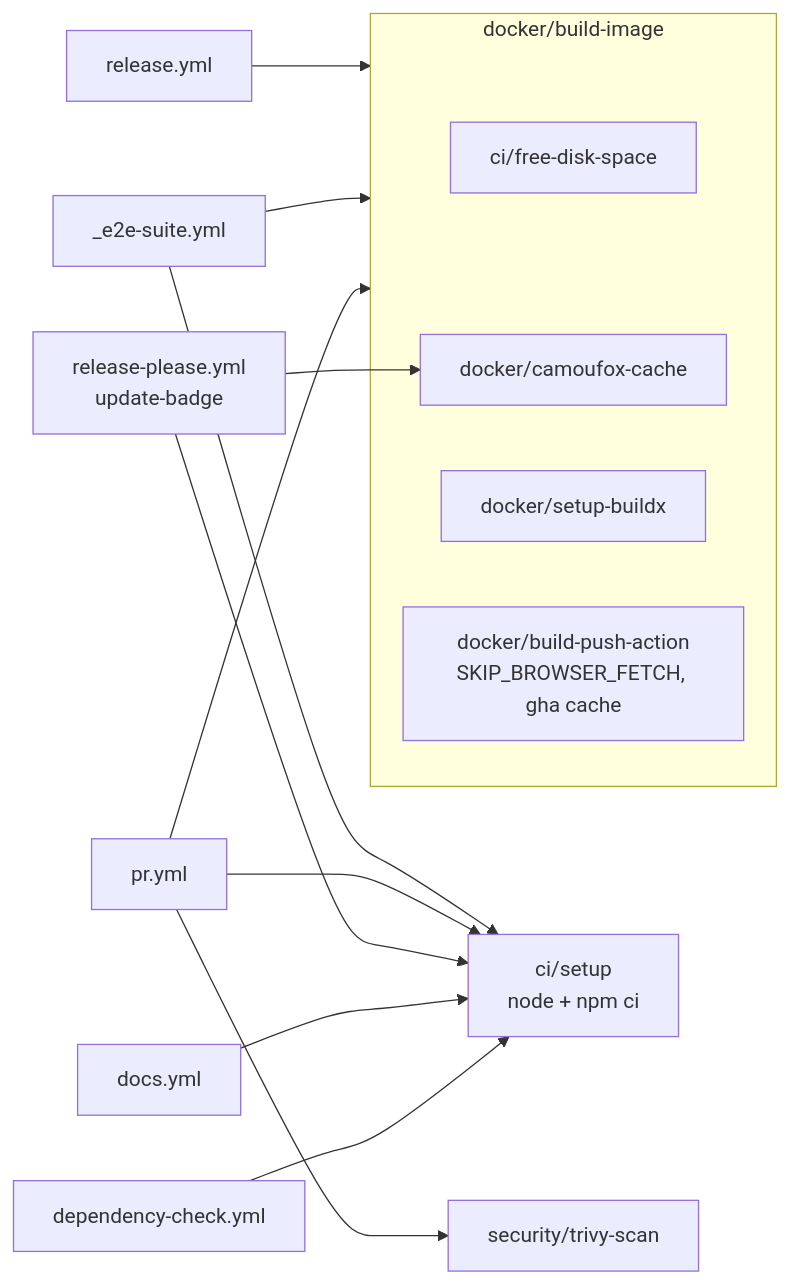
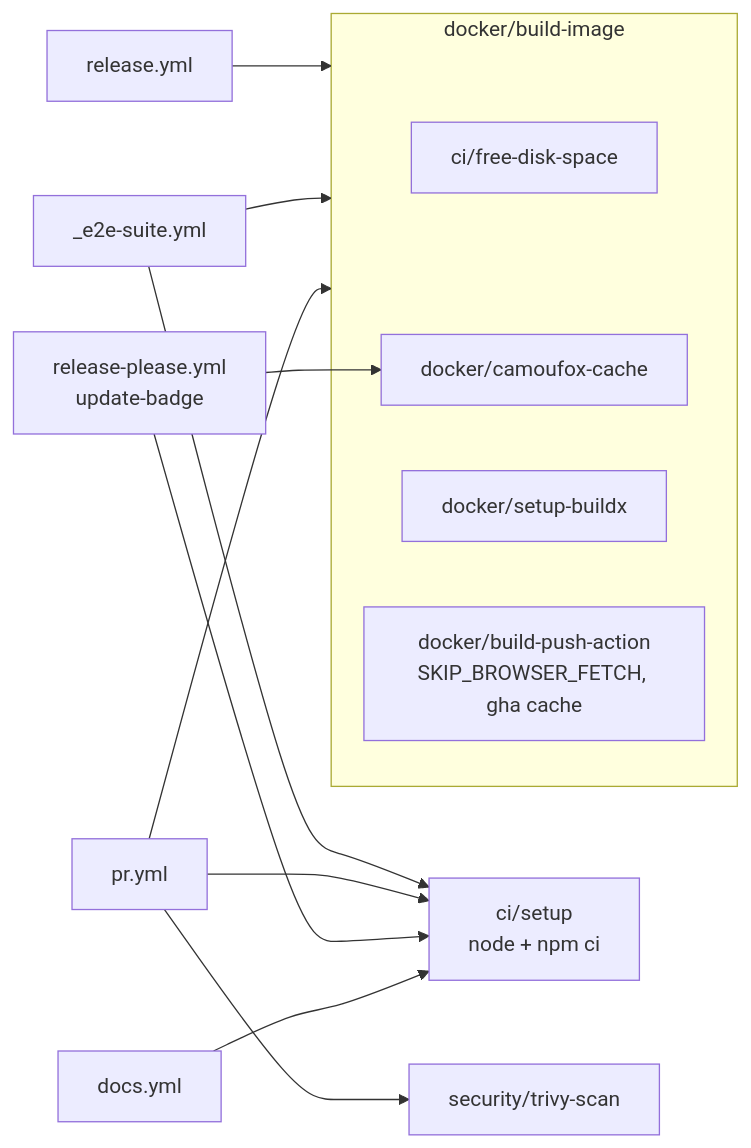
Before and after one commit to sergienko4/israeli-bank-scrapers-to-actual-budget: the second of 2 diagrams in docs/architecture/release-pipeline.md, drawn with Mermaid. The commit also changed other lines of this file and 12 other files, not shown here.

````diff
--- a/docs/architecture/release-pipeline.md
+++ b/docs/architecture/release-pipeline.md
@@ -133,23 +130,22 @@
 ```mermaid
 flowchart LR
     subgraph BLD["docker/build-image"]
       FD["ci/free-disk-space"]
       CAM["docker/camoufox-cache"]
       BX["docker/setup-buildx"]
       BP["docker/build-push-action<br/>SKIP_BROWSER_FETCH, gha cache"]
     end
 
     SETUP["ci/setup<br/>node + npm ci"]
     TRIVY["security/trivy-scan"]
 
     RELW["release.yml"] --> BLD
     E2EW["_e2e-suite.yml"] --> BLD
     E2EW --> SETUP
     PRW["pr.yml"] --> BLD
     PRW --> TRIVY
     PRW --> SETUP
     RPB["release-please.yml<br/>update-badge"] --> SETUP
     RPB --> CAM
     DOCSW["docs.yml"] --> SETUP
-    DCW["dependency-check.yml"] --> SETUP
 ```
````
